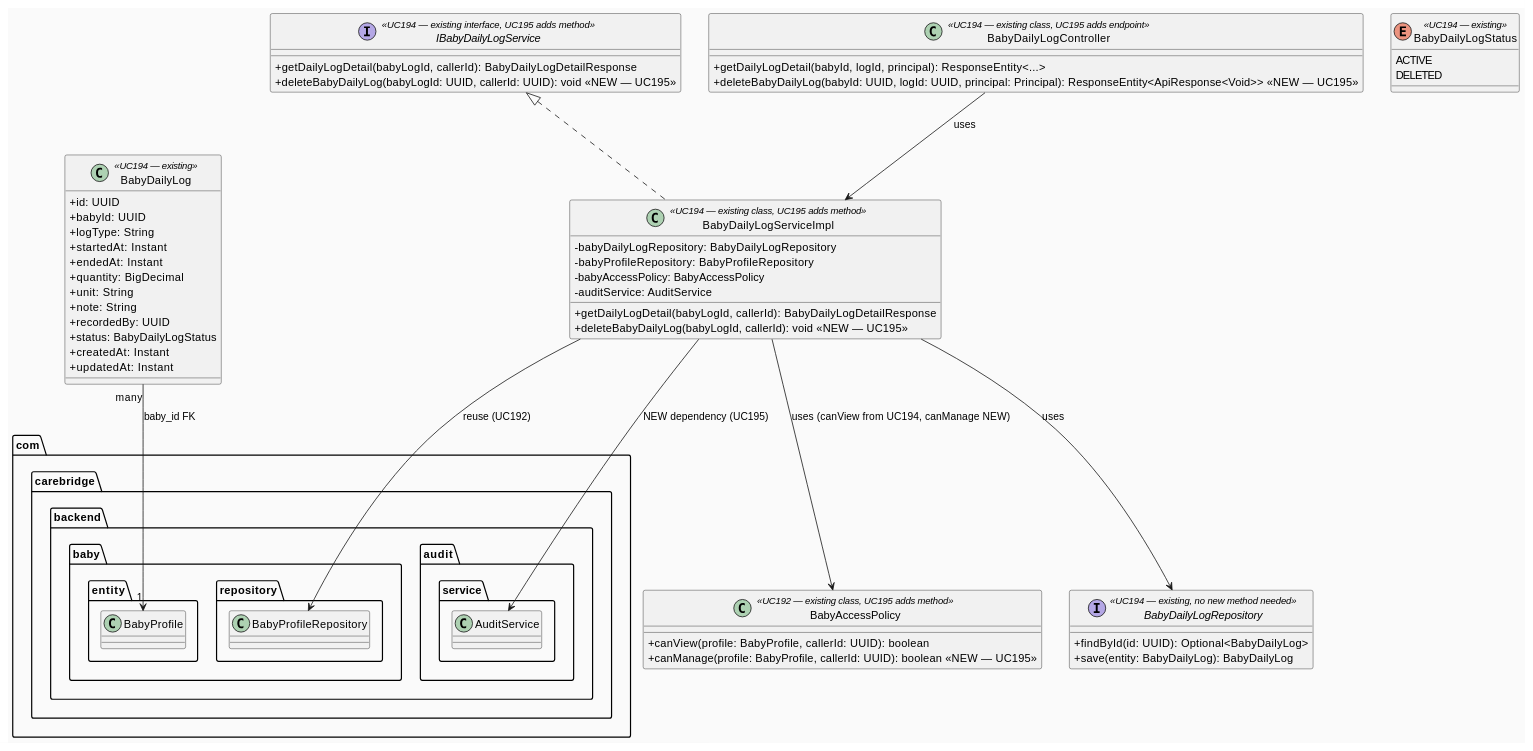
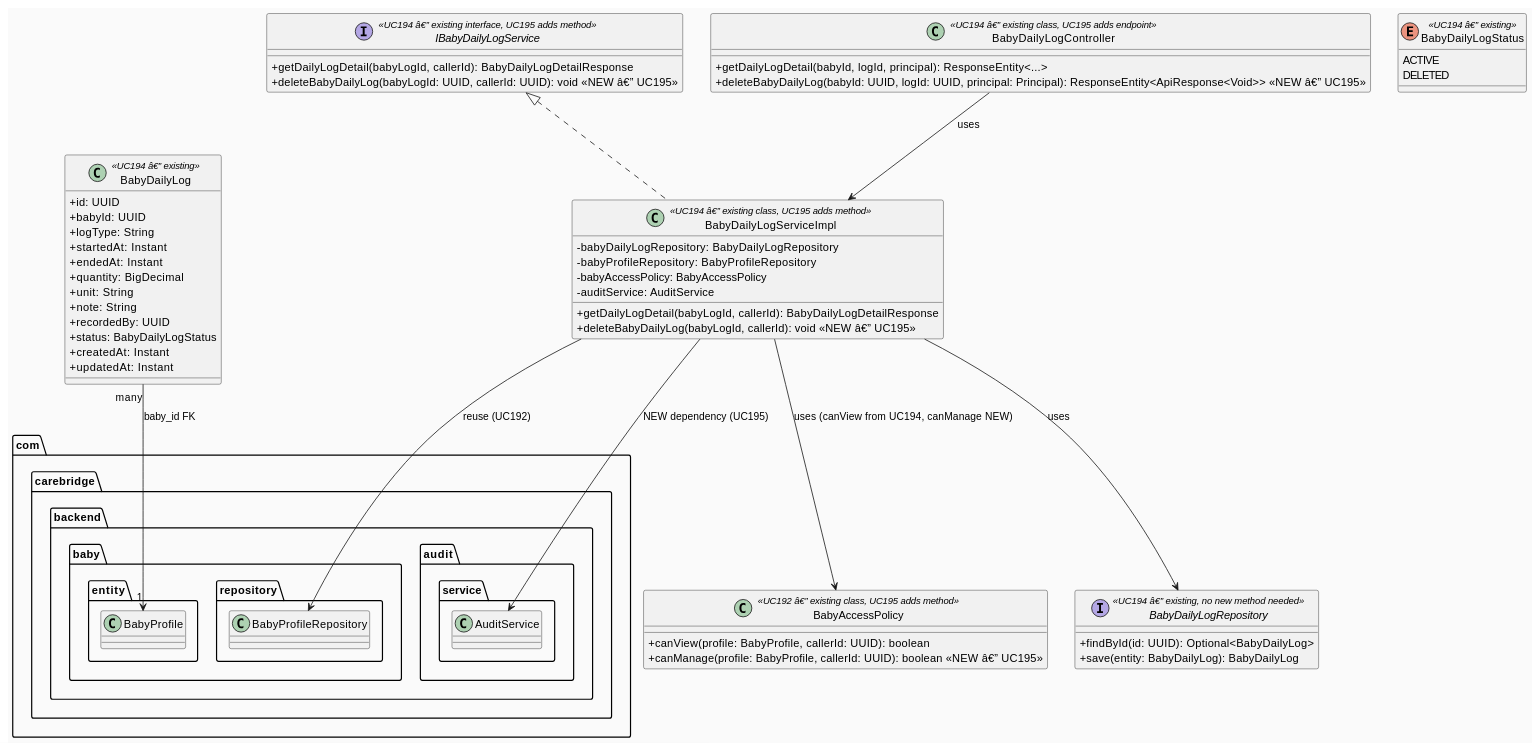
Before and after one commit to ChuongBDHE172784/CareBridge_SEP490_G79: the first of 3 diagrams in 04_Implement/UC195_DeleteBabyDailyLog/UC195_DeleteBabyDailyLog_TDS.md, drawn with PlantUML. The commit also changed other lines of this file and 201 other files, not shown here.

````diff
--- a/04_Implement/UC195_DeleteBabyDailyLog/UC195_DeleteBabyDailyLog_TDS.md
+++ b/04_Implement/UC195_DeleteBabyDailyLog/UC195_DeleteBabyDailyLog_TDS.md
@@ -214,63 +215,63 @@
 ```plantuml
 @startuml DeleteBabyDailyLog_ClassDiagram
 skinparam classAttributeIconSize 0
 skinparam backgroundColor #FAFAFA
 
-class BabyDailyLog <<UC194 — existing>> {
+class BabyDailyLog <<UC194 â€” existing>> {
   + id: UUID
   + babyId: UUID
   + logType: String
   + startedAt: Instant
   + endedAt: Instant
   + quantity: BigDecimal
   + unit: String
   + note: String
   + recordedBy: UUID
   + status: BabyDailyLogStatus
   + createdAt: Instant
   + updatedAt: Instant
 }
 
-enum BabyDailyLogStatus <<UC194 — existing>> {
+enum BabyDailyLogStatus <<UC194 â€” existing>> {
   ACTIVE
   DELETED
 }
 
-interface IBabyDailyLogService <<UC194 — existing interface, UC195 adds method>> {
+interface IBabyDailyLogService <<UC194 â€” existing interface, UC195 adds method>> {
   + getDailyLogDetail(babyLogId, callerId): BabyDailyLogDetailResponse
-  + deleteBabyDailyLog(babyLogId: UUID, callerId: UUID): void <<NEW — UC195>>
+  + deleteBabyDailyLog(babyLogId: UUID, callerId: UUID): void <<NEW â€” UC195>>
 }
 
-class BabyDailyLogServiceImpl <<UC194 — existing class, UC195 adds method>> implements IBabyDailyLogService {
+class BabyDailyLogServiceImpl <<UC194 â€” existing class, UC195 adds method>> implements IBabyDailyLogService {
   - babyDailyLogRepository: BabyDailyLogRepository
   - babyProfileRepository: BabyProfileRepository
   - babyAccessPolicy: BabyAccessPolicy
   - auditService: AuditService
   + getDailyLogDetail(babyLogId, callerId): BabyDailyLogDetailResponse
-  + deleteBabyDailyLog(babyLogId, callerId): void <<NEW — UC195>>
+  + deleteBabyDailyLog(babyLogId, callerId): void <<NEW â€” UC195>>
 }
 
-interface BabyDailyLogRepository <<UC194 — existing, no new method needed>> {
+interface BabyDailyLogRepository <<UC194 â€” existing, no new method needed>> {
   + findById(id: UUID): Optional<BabyDailyLog>
   + save(entity: BabyDailyLog): BabyDailyLog
 }
 
-class BabyAccessPolicy <<UC192 — existing class, UC195 adds method>> {
+class BabyAccessPolicy <<UC192 â€” existing class, UC195 adds method>> {
   + canView(profile: BabyProfile, callerId: UUID): boolean
-  + canManage(profile: BabyProfile, callerId: UUID): boolean <<NEW — UC195>>
+  + canManage(profile: BabyProfile, callerId: UUID): boolean <<NEW â€” UC195>>
 }
 
-class BabyDailyLogController <<UC194 — existing class, UC195 adds endpoint>> {
+class BabyDailyLogController <<UC194 â€” existing class, UC195 adds endpoint>> {
   + getDailyLogDetail(babyId, logId, principal): ResponseEntity<...>
-  + deleteBabyDailyLog(babyId: UUID, logId: UUID, principal: Principal): ResponseEntity<ApiResponse<Void>> <<NEW — UC195>>
+  + deleteBabyDailyLog(babyId: UUID, logId: UUID, principal: Principal): ResponseEntity<ApiResponse<Void>> <<NEW â€” UC195>>
 }
 
 BabyDailyLogServiceImpl --> BabyDailyLogRepository : uses
 BabyDailyLogServiceImpl --> "com.carebridge.backend.baby.repository.BabyProfileRepository" : reuse (UC192)
 BabyDailyLogServiceImpl --> BabyAccessPolicy : uses (canView from UC194, canManage NEW)
 BabyDailyLogServiceImpl --> "com.carebridge.backend.audit.service.AuditService" : NEW dependency (UC195)
 BabyDailyLogController --> BabyDailyLogServiceImpl : uses
 BabyDailyLog "many" --> "1" "com.carebridge.backend.baby.entity.BabyProfile" : baby_id FK
 
 @enduml
 ```
````
